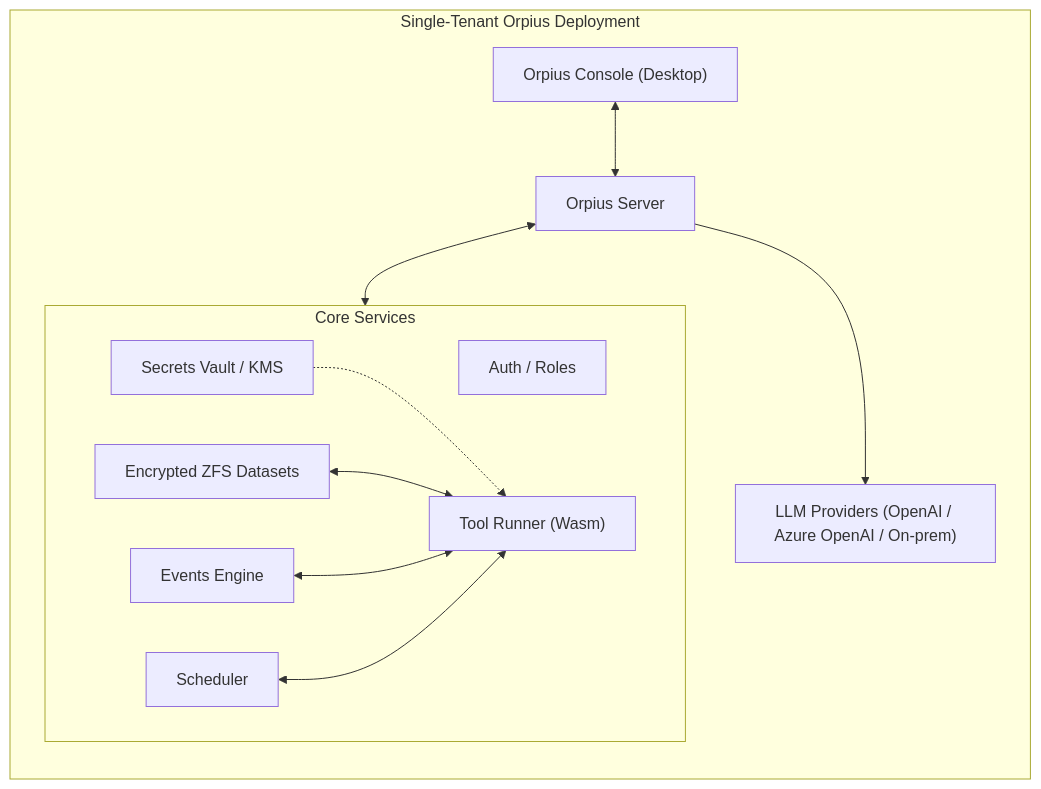
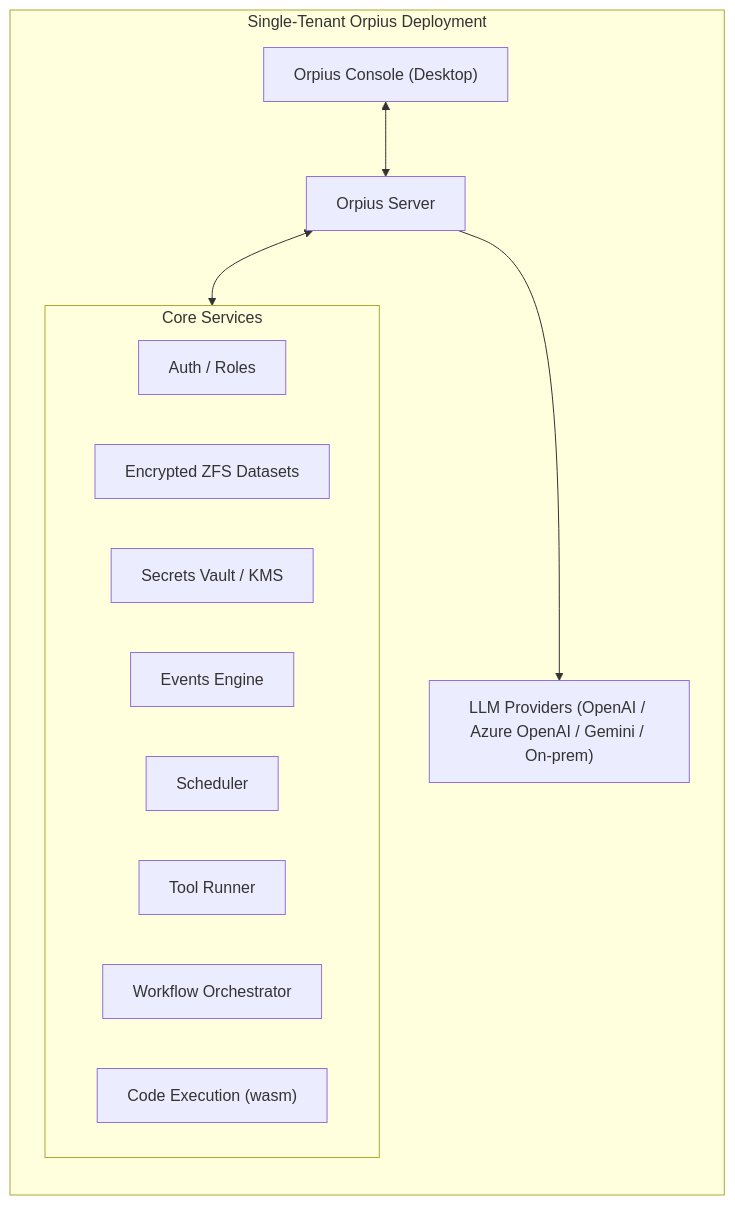
One commit to Orpius/SDK changed the first of 13 diagrams in docs/UserGuide/index.md. Above: the diagram before and after it, drawn with Mermaid. The commit also changed other lines of this file, not shown here.

````diff
--- a/docs/UserGuide/index.md
+++ b/docs/UserGuide/index.md
@@ -185,24 +189,24 @@
 ```mermaid
 flowchart LR
     subgraph Tenant["Single-Tenant Orpius Deployment"]
         Console["Orpius Console (Desktop)"]
         Server["Orpius Server"]
-        subgraph Services["Core Services"]
+
+        subgraph Core["Core Services"]
             Auth["Auth / Roles"]
             Storage["Encrypted ZFS Datasets"]
+            Secrets["Secrets Vault / KMS"]
+            Events["Events Engine"]
             Schedules["Scheduler"]
-            Events["Events Engine"]
-            Tools["Tool Runner (Wasm)"]
-            Secrets["Secrets Vault / KMS"]
+            Tools["Tool Runner"]
+            Orchestrator["Workflow Orchestrator"]
+            CodeExec["Code Execution (wasm)"]
         end
-        Providers["LLM Providers (OpenAI / Azure OpenAI / On-prem)"]
+
+        Providers["LLM Providers (OpenAI / Azure OpenAI / Gemini / On-prem)"]
     end
 
     Console <--> Server
-    Server <--> Services
+    Server <--> Core
     Server --> Providers
-    Secrets -.-> Tools
-    Storage <--> Tools
-    Events <--> Tools
-    Schedules <--> Tools
 ```
````
